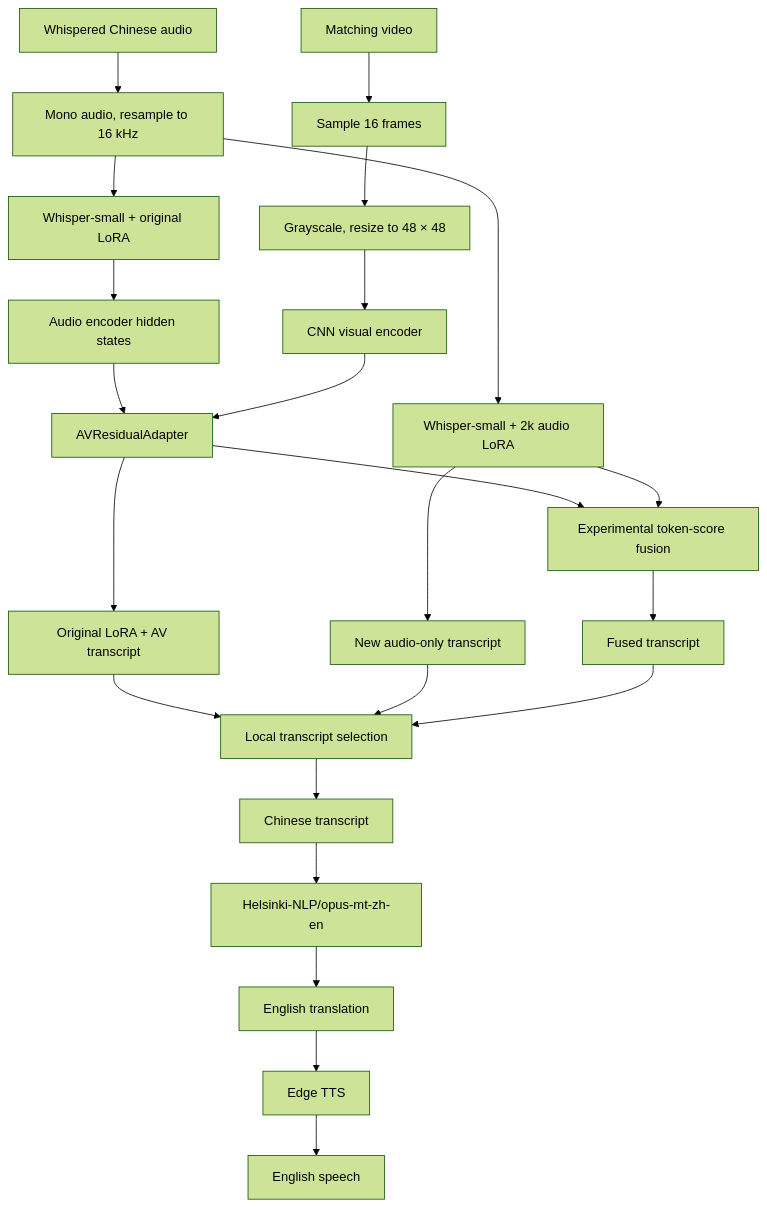
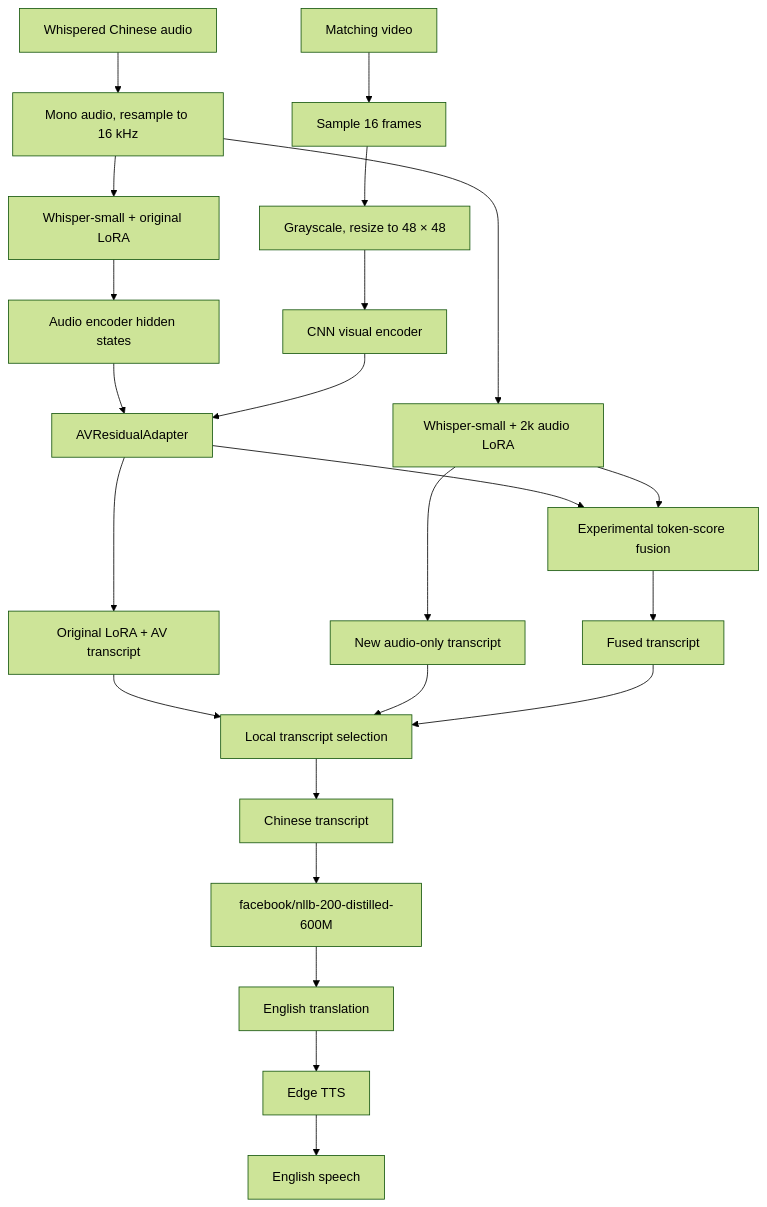
The diagram in README.md (pradeep14012004/whisper-speech-conversion), drawn with Mermaid (forest theme) before and after one commit. The commit also changed other lines of this file and 8 other files, not shown here.

```diff
--- a/README.md
+++ b/README.md
@@ -32,29 +32,29 @@
 ~~~mermaid
 flowchart TD
     A["Whispered Chinese audio"] --> B["Mono audio, resample to 16 kHz"]
     V["Matching video"] --> C["Sample 16 frames"]
     C --> D["Grayscale, resize to 48 × 48"]
 
     B --> E["Whisper-small + original LoRA"]
     E --> F["Audio encoder hidden states"]
     D --> G["CNN visual encoder"]
     F --> H["AVResidualAdapter"]
     G --> H
     H --> I["Original LoRA + AV transcript"]
 
     B --> J["Whisper-small + 2k audio LoRA"]
     J --> K["New audio-only transcript"]
 
     H --> L["Experimental token-score fusion"]
     J --> L
     L --> M["Fused transcript"]
 
     I --> N["Local transcript selection"]
     K --> N
     M --> N
     N --> O["Chinese transcript"]
-    O --> P["Helsinki-NLP/opus-mt-zh-en"]
+    O --> P["facebook/nllb-200-distilled-600M"]
     P --> Q["English translation"]
     Q --> R["Edge TTS"]
     R --> S["English speech"]
 ~~~
```
